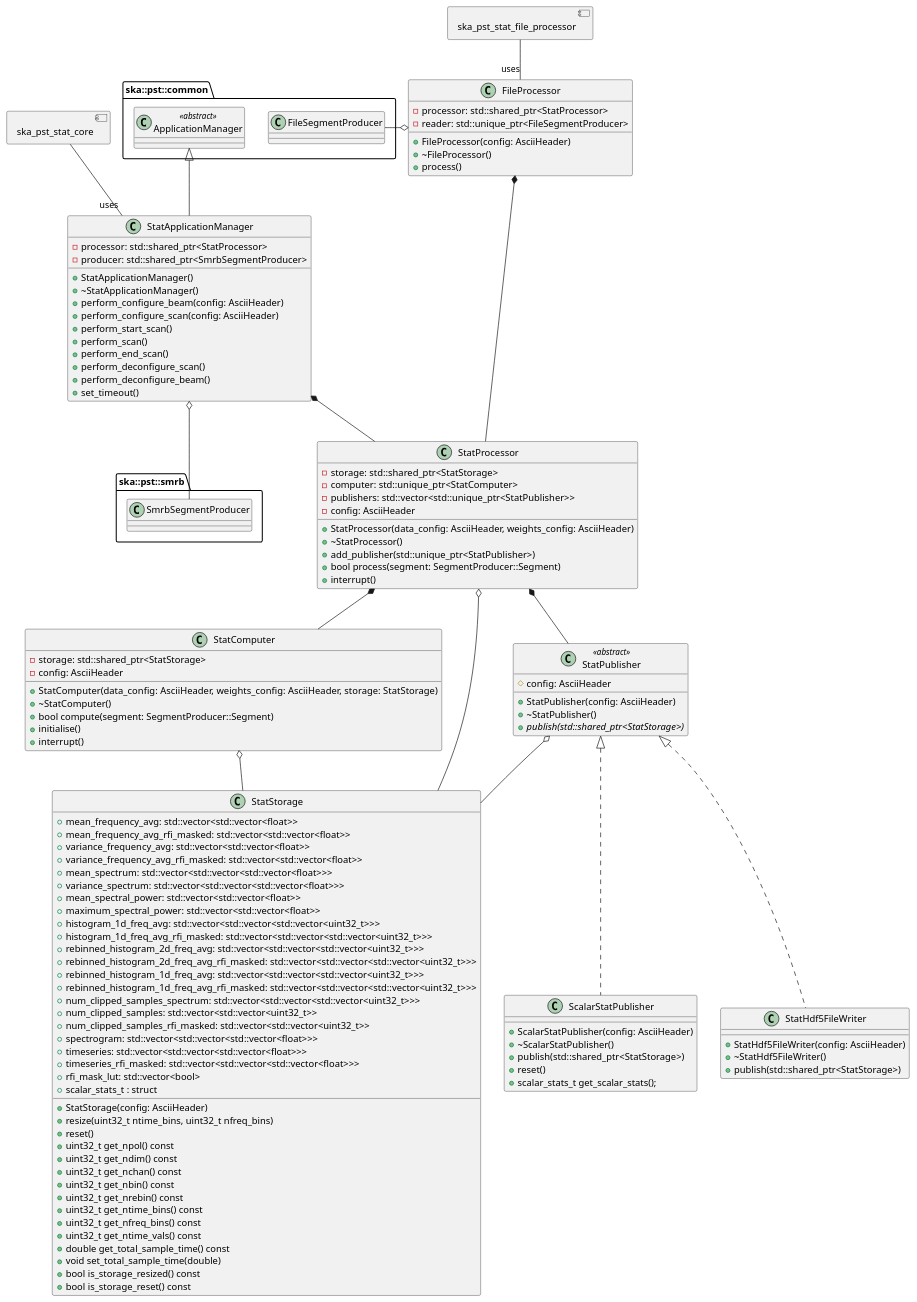
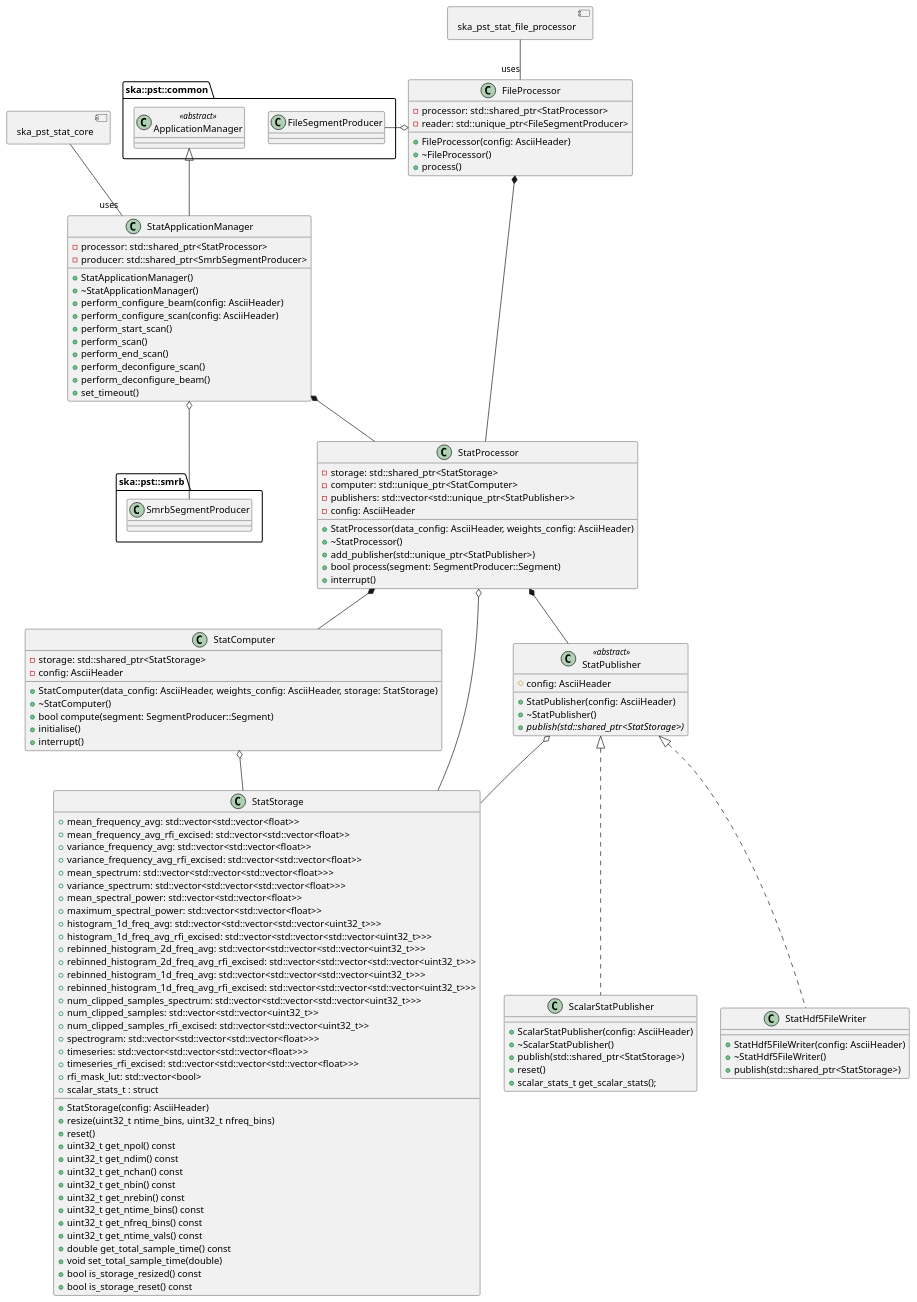
The diagram in docs/src/architecture/class_diagram.puml (ska-telescope/ska-pst-stat), drawn with PlantUML before and after one commit. The commit also changed 16 other files, not shown here.

```diff
--- a/docs/src/architecture/class_diagram.puml
+++ b/docs/src/architecture/class_diagram.puml
@@ -1,139 +1,139 @@
 @startuml PST Stat Class Diagram
 allow_mixing
 
 package ska::pst::common
 {
   class ApplicationManager <<abstract>>
   class FileSegmentProducer
 }
 
 package ska::pst::smrb
 {
   class SmrbSegmentProducer
 }
 
 class StatApplicationManager {
   + StatApplicationManager()
   + ~StatApplicationManager()
   + perform_configure_beam(config: AsciiHeader)
   + perform_configure_scan(config: AsciiHeader)
   + perform_start_scan()
   + perform_scan()
   + perform_end_scan()
   + perform_deconfigure_scan()
   + perform_deconfigure_beam()
   + set_timeout()
   - processor: std::shared_ptr<StatProcessor>
   - producer: std::shared_ptr<SmrbSegmentProducer>
 }
 
 class FileProcessor {
   + FileProcessor(config: AsciiHeader)
   + ~FileProcessor()
   + process()
   - processor: std::shared_ptr<StatProcessor>
   - reader: std::unique_ptr<FileSegmentProducer>
 }
 
 class StatProcessor {
   + StatProcessor(data_config: AsciiHeader, weights_config: AsciiHeader)
   + ~StatProcessor()
   + add_publisher(std::unique_ptr<StatPublisher>)
   + bool process(segment: SegmentProducer::Segment)
   + interrupt()
   - storage: std::shared_ptr<StatStorage>
   - computer: std::unique_ptr<StatComputer>
   - publishers: std::vector<std::unique_ptr<StatPublisher>>
   - config: AsciiHeader
 }
 
 class StatComputer {
   + StatComputer(data_config: AsciiHeader, weights_config: AsciiHeader, storage: StatStorage)
   + ~StatComputer()
   + bool compute(segment: SegmentProducer::Segment)
   + initialise()
   + interrupt()
   - storage: std::shared_ptr<StatStorage>
   - config: AsciiHeader
 }
 
 class StatStorage {
   + StatStorage(config: AsciiHeader)
   + resize(uint32_t ntime_bins, uint32_t nfreq_bins)
   + reset()
   + uint32_t get_npol() const
   + uint32_t get_ndim() const
   + uint32_t get_nchan() const
   + uint32_t get_nbin() const
   + uint32_t get_nrebin() const
   + uint32_t get_ntime_bins() const
   + uint32_t get_nfreq_bins() const
   + uint32_t get_ntime_vals() const
   + double get_total_sample_time() const
   + void set_total_sample_time(double)
   + bool is_storage_resized() const
   + bool is_storage_reset() const
   + mean_frequency_avg: std::vector<std::vector<float>>
-  + mean_frequency_avg_rfi_masked: std::vector<std::vector<float>>
+  + mean_frequency_avg_rfi_excised: std::vector<std::vector<float>>
   + variance_frequency_avg: std::vector<std::vector<float>>
-  + variance_frequency_avg_rfi_masked: std::vector<std::vector<float>>
+  + variance_frequency_avg_rfi_excised: std::vector<std::vector<float>>
   + mean_spectrum: std::vector<std::vector<std::vector<float>>>
   + variance_spectrum: std::vector<std::vector<std::vector<float>>>
   + mean_spectral_power: std::vector<std::vector<float>>
   + maximum_spectral_power: std::vector<std::vector<float>>
   + histogram_1d_freq_avg: std::vector<std::vector<std::vector<uint32_t>>>
-  + histogram_1d_freq_avg_rfi_masked: std::vector<std::vector<std::vector<uint32_t>>>
+  + histogram_1d_freq_avg_rfi_excised: std::vector<std::vector<std::vector<uint32_t>>>
   + rebinned_histogram_2d_freq_avg: std::vector<std::vector<std::vector<uint32_t>>>
-  + rebinned_histogram_2d_freq_avg_rfi_masked: std::vector<std::vector<std::vector<uint32_t>>>
+  + rebinned_histogram_2d_freq_avg_rfi_excised: std::vector<std::vector<std::vector<uint32_t>>>
   + rebinned_histogram_1d_freq_avg: std::vector<std::vector<std::vector<uint32_t>>>
-  + rebinned_histogram_1d_freq_avg_rfi_masked: std::vector<std::vector<std::vector<uint32_t>>>
+  + rebinned_histogram_1d_freq_avg_rfi_excised: std::vector<std::vector<std::vector<uint32_t>>>
   + num_clipped_samples_spectrum: std::vector<std::vector<std::vector<uint32_t>>>
   + num_clipped_samples: std::vector<std::vector<uint32_t>>
-  + num_clipped_samples_rfi_masked: std::vector<std::vector<uint32_t>>
+  + num_clipped_samples_rfi_excised: std::vector<std::vector<uint32_t>>
   + spectrogram: std::vector<std::vector<std::vector<float>>>
   + timeseries: std::vector<std::vector<std::vector<float>>>
-  + timeseries_rfi_masked: std::vector<std::vector<std::vector<float>>>
+  + timeseries_rfi_excised: std::vector<std::vector<std::vector<float>>>
   + rfi_mask_lut: std::vector<bool>
   + scalar_stats_t : struct
 }
 
 class StatPublisher <<abstract>> {
   # config: AsciiHeader
   + StatPublisher(config: AsciiHeader)
   + ~StatPublisher()
   {abstract} + publish(std::shared_ptr<StatStorage>)
 }
 
 class ScalarStatPublisher implements StatPublisher {
   + ScalarStatPublisher(config: AsciiHeader)
   + ~ScalarStatPublisher()
   + publish(std::shared_ptr<StatStorage>)
   + reset()
   + scalar_stats_t get_scalar_stats();
 }
 
 class StatHdf5FileWriter implements StatPublisher {
   + StatHdf5FileWriter(config: AsciiHeader)
   + ~StatHdf5FileWriter()
   + publish(std::shared_ptr<StatStorage>)
 }
 
 StatProcessor *-- StatComputer
 StatProcessor *-- StatPublisher
 StatProcessor o-- StatStorage
 StatComputer o-- StatStorage
 StatPublisher o-- StatStorage
 
 ApplicationManager <|-- StatApplicationManager
 StatApplicationManager o-- SmrbSegmentProducer
 StatApplicationManager *-- StatProcessor
 
 FileProcessor *-- StatProcessor
 FileProcessor o- FileSegmentProducer
 
 component ska_pst_stat_core
 ska_pst_stat_core -- "uses" StatApplicationManager
 component ska_pst_stat_file_processor
 ska_pst_stat_file_processor -- "uses" FileProcessor
 
 @enduml
```
